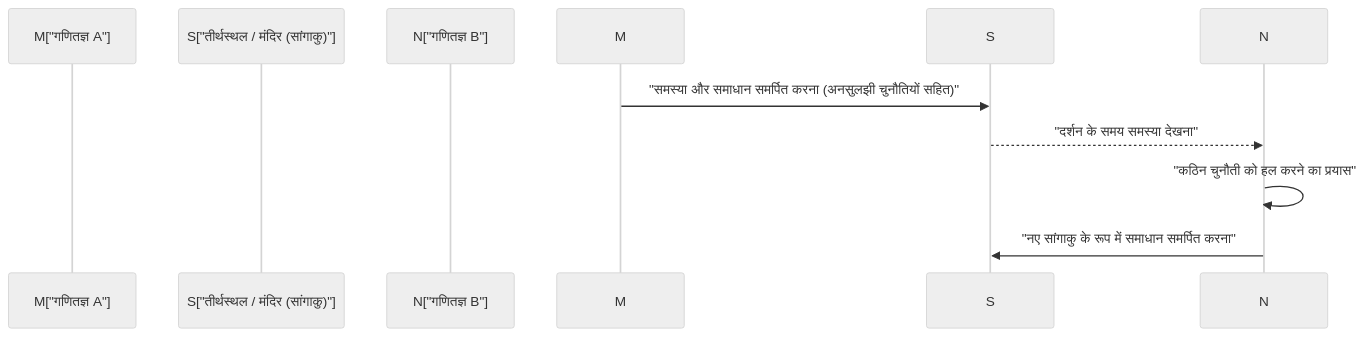
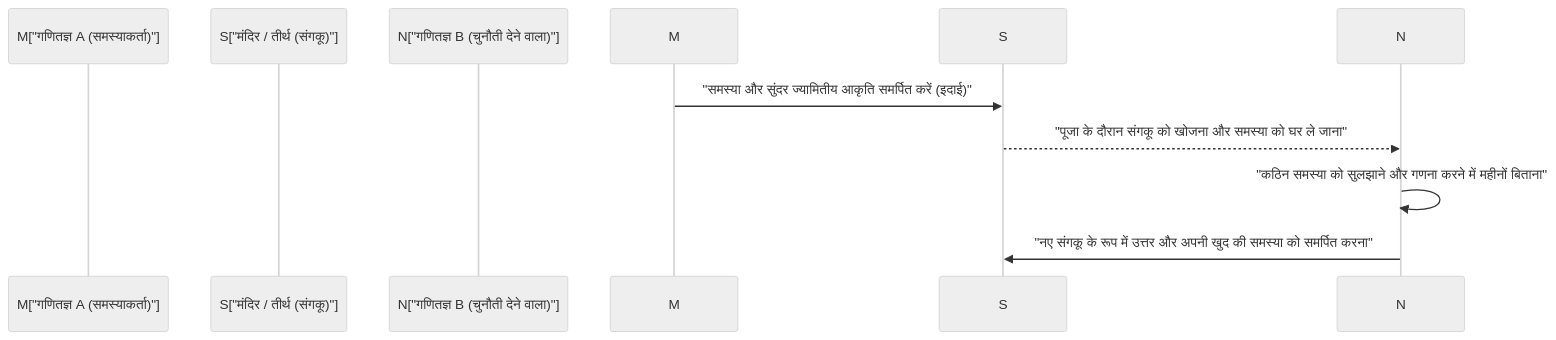
The second of 2 diagrams in content/post/history-of-wasan-japanese-mathematics/index.hi.md (kenjinote/blog), drawn with Mermaid (neutral theme) before and after one commit. The commit also changed other lines of this file and 129 other files, not shown here.

````diff
--- a/content/post/history-of-wasan-japanese-mathematics/index.hi.md
+++ b/content/post/history-of-wasan-japanese-mathematics/index.hi.md
@@ -68,11 +70,11 @@
 ```mermaid
 sequenceDiagram
-    participant M["गणितज्ञ A"]
-    participant S["तीर्थस्थल / मंदिर (सांगाकु)"]
-    participant N["गणितज्ञ B"]
+    participant M["गणितज्ञ A (समस्याकर्ता)"]
+    participant S["मंदिर / तीर्थ (संगकू)"]
+    participant N["गणितज्ञ B (चुनौती देने वाला)"]
     
-    M->>S: "समस्या और समाधान समर्पित करना (अनसुलझी चुनौतियों सहित)"
-    S-->>N: "दर्शन के समय समस्या देखना"
-    N->>N: "कठिन चुनौती को हल करने का प्रयास"
-    N->>S: "नए सांगाकु के रूप में समाधान समर्पित करना"
+    M->>S: "समस्या और सुंदर ज्यामितीय आकृति समर्पित करें (इदाई)"
+    S-->>N: "पूजा के दौरान संगकू को खोजना और समस्या को घर ले जाना"
+    N->>N: "कठिन समस्या को सुलझाने और गणना करने में महीनों बिताना"
+    N->>S: "नए संगकू के रूप में उत्तर और अपनी खुद की समस्या को समर्पित करना"
 ```
````
